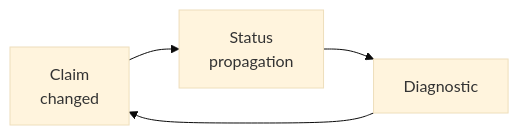
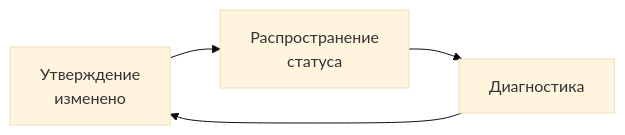
Before and after one commit to gst-st/diakrisis: the first of 3 diagrams in docs/11-noesis/06-meta-reflection.md, drawn with Mermaid (base theme). The commit also changed other lines of this file and 23 other files, not shown here.

````diff
--- a/docs/11-noesis/06-meta-reflection.md
+++ b/docs/11-noesis/06-meta-reflection.md
@@ -163,6 +163,6 @@
 ```mermaid
 graph LR
-    A["Claim<br/>changed"] --> B["Status<br/>propagation"]
-    B --> C["Diagnostic"]
+    A["Утверждение<br/>изменено"] --> B["Распространение<br/>статуса"]
+    B --> C["Диагностика"]
     C --> A
 ```
````
